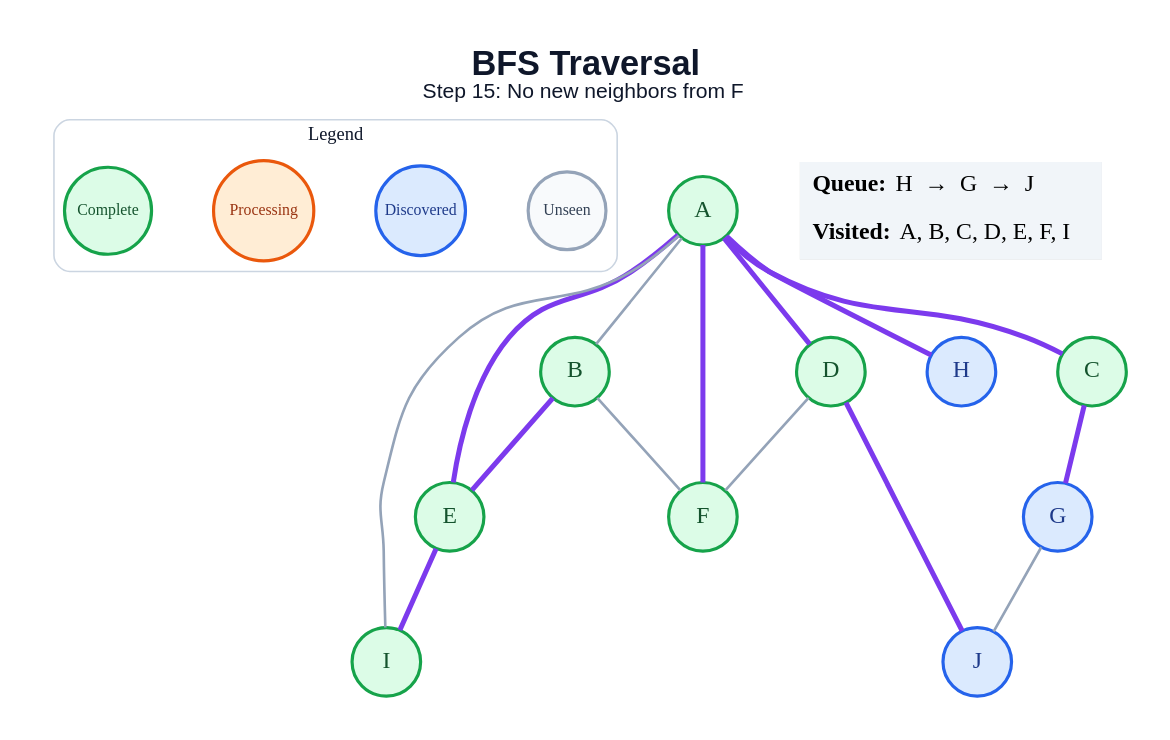
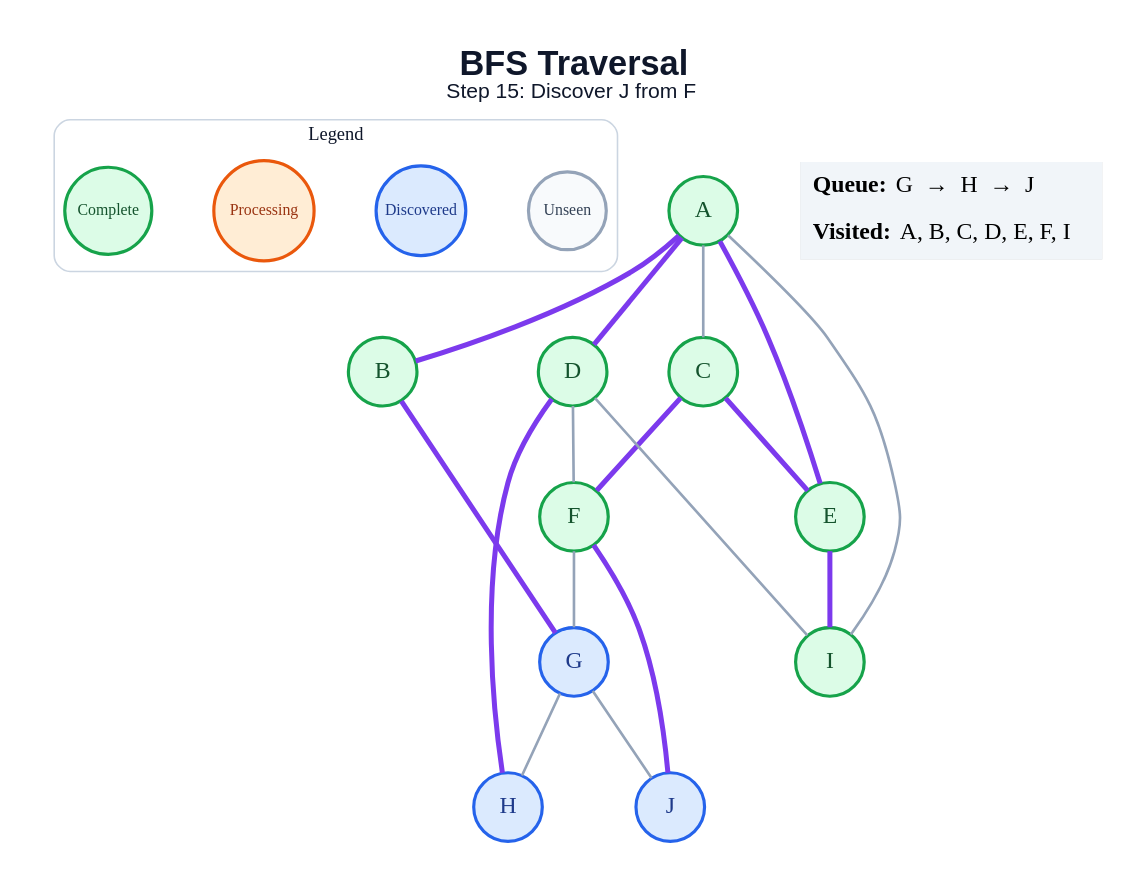
The diagram in generated/specific-node/bfs/step_15.dot (amanghodawala9/ai-slop), drawn with Graphviz before and after one commit. The commit also changed 178 other files, not shown here.

```diff
--- a/generated/specific-node/bfs/step_15.dot
+++ b/generated/specific-node/bfs/step_15.dot
@@ -1,43 +1,45 @@
 graph traversal {
   graph [layout=dot, rankdir=TB, bgcolor="#FFFFFF", pad="0.35", nodesep="0.65", ranksep="0.8", fontname="Arial"];
   node [shape=circle, style="filled", fontname="Arial Bold", fontsize=18, width=0.72, fixedsize=true, penwidth=2.4];
   edge [color="#94A3B8", penwidth=2.0];
-  label=<<B>BFS Traversal</B><BR/><FONT POINT-SIZE="16">Step 15: No new neighbors from F</FONT>>; labelloc="t"; fontsize=26; fontname="Arial"; fontcolor="#0F172A";
+  label=<<B>BFS Traversal</B><BR/><FONT POINT-SIZE="16">Step 15: Discover J from F</FONT>>; labelloc="t"; fontsize=26; fontname="Arial"; fontcolor="#0F172A";
   subgraph cluster_legend { label="Legend"; color="#CBD5E1"; penwidth=1.2; style="rounded"; fontsize=14; fontname="Arial Bold";
     key_unseen [label="Unseen", fillcolor="#F8FAFC", color="#94A3B8", fontcolor="#334155", fontsize=12, width=0.82];
     key_frontier [label="Discovered", fillcolor="#DBEAFE", color="#2563EB", fontcolor="#1E3A8A", fontsize=12, width=0.95];
     key_current [label="Processing", fillcolor="#FFEDD5", color="#EA580C", fontcolor="#9A3412", fontsize=12, width=1.05];
     key_done [label="Complete", fillcolor="#DCFCE7", color="#16A34A", fontcolor="#14532D", fontsize=12, width=0.92];
     { rank=same; key_unseen; key_frontier; key_current; key_done; }
   }
   A [fillcolor="#DCFCE7", color="#16A34A", fontcolor="#14532D"];
   B [fillcolor="#DCFCE7", color="#16A34A", fontcolor="#14532D"];
   C [fillcolor="#DCFCE7", color="#16A34A", fontcolor="#14532D"];
   D [fillcolor="#DCFCE7", color="#16A34A", fontcolor="#14532D"];
   E [fillcolor="#DCFCE7", color="#16A34A", fontcolor="#14532D"];
   F [fillcolor="#DCFCE7", color="#16A34A", fontcolor="#14532D"];
   G [fillcolor="#DBEAFE", color="#2563EB", fontcolor="#1E3A8A"];
   H [fillcolor="#DBEAFE", color="#2563EB", fontcolor="#1E3A8A"];
   I [fillcolor="#DCFCE7", color="#16A34A", fontcolor="#14532D"];
   J [fillcolor="#DBEAFE", color="#2563EB", fontcolor="#1E3A8A"];
-  A -- B;
-  A -- C [color="#7C3AED", penwidth=3.8];
+  A -- B [color="#7C3AED", penwidth=3.8];
+  A -- C;
   A -- D [color="#7C3AED", penwidth=3.8];
   A -- E [color="#7C3AED", penwidth=3.8];
-  A -- F [color="#7C3AED", penwidth=3.8];
-  A -- H [color="#7C3AED", penwidth=3.8];
   A -- I;
-  B -- E [color="#7C3AED", penwidth=3.8];
-  B -- F;
-  C -- G [color="#7C3AED", penwidth=3.8];
+  B -- G [color="#7C3AED", penwidth=3.8];
+  C -- E [color="#7C3AED", penwidth=3.8];
+  C -- F [color="#7C3AED", penwidth=3.8];
   D -- F;
-  D -- J [color="#7C3AED", penwidth=3.8];
+  D -- H [color="#7C3AED", penwidth=3.8];
+  D -- I;
   E -- I [color="#7C3AED", penwidth=3.8];
+  F -- G;
+  F -- J [color="#7C3AED", penwidth=3.8];
+  G -- H;
   G -- J;
   status [shape=plain, fixedsize=false, width=0, height=0, margin=0, label=<
     <TABLE BORDER="0" CELLBORDER="0" CELLPADDING="7" BGCOLOR="#F1F5F9">
-      <TR><TD ALIGN="LEFT"><B>Queue:</B> H  →  G  →  J</TD></TR>
+      <TR><TD ALIGN="LEFT"><B>Queue:</B> G  →  H  →  J</TD></TR>
       <TR><TD ALIGN="LEFT"><B>Visited:</B> A, B, C, D, E, F, I</TD></TR>
     </TABLE>
   >];
 }
```
